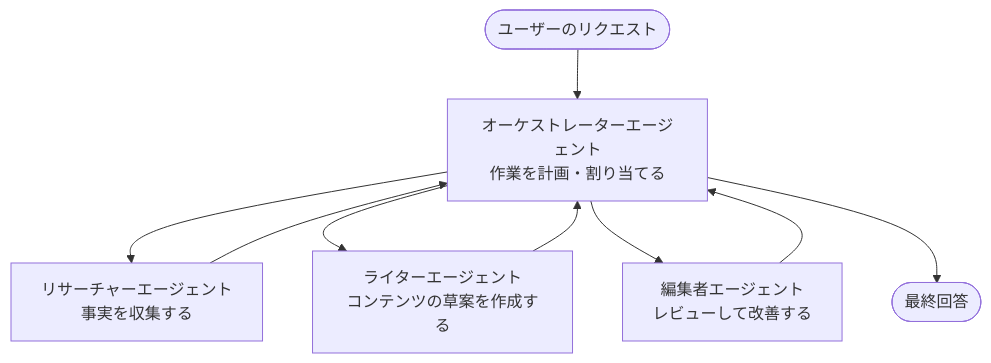
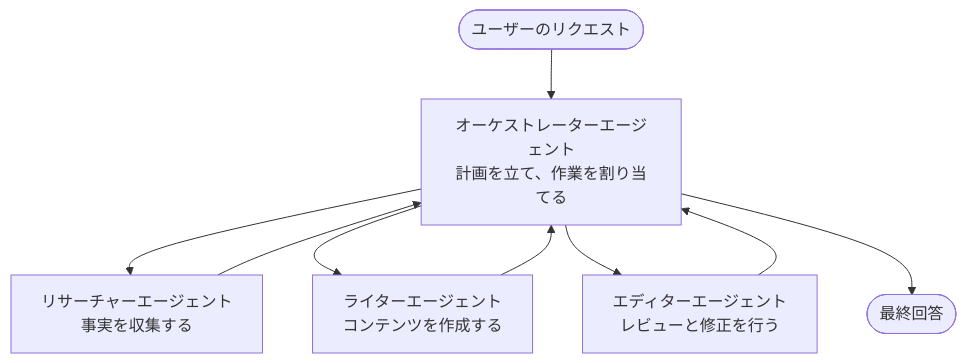
One commit to microsoft/AZD-for-beginners changed the diagram in translations/ja/docs/chapter-05-multi-agent/multi-agent-basics.md. Above: the diagram before and after it, drawn with Mermaid. The commit also changed other lines of this file and 60 other files, not shown here.

````diff
--- a/translations/ja/docs/chapter-05-multi-agent/multi-agent-basics.md
+++ b/translations/ja/docs/chapter-05-multi-agent/multi-agent-basics.md
@@ -43,11 +43,11 @@
 ```mermaid
 graph TD
-    User([ユーザーのリクエスト]) --> Orchestrator[オーケストレーターエージェント<br/>作業を計画・割り当てる]
+    User([ユーザーのリクエスト]) --> Orchestrator[オーケストレーターエージェント<br/>計画を立て、作業を割り当てる]
     Orchestrator --> Researcher[リサーチャーエージェント<br/>事実を収集する]
-    Orchestrator --> Writer[ライターエージェント<br/>コンテンツの草案を作成する]
-    Orchestrator --> Editor[編集者エージェント<br/>レビューして改善する]
+    Orchestrator --> Writer[ライターエージェント<br/>コンテンツを作成する]
+    Orchestrator --> Editor[エディターエージェント<br/>レビューと修正を行う]
     Researcher --> Orchestrator
     Writer --> Orchestrator
     Editor --> Orchestrator
     Orchestrator --> Result([最終回答])
 ```
````
